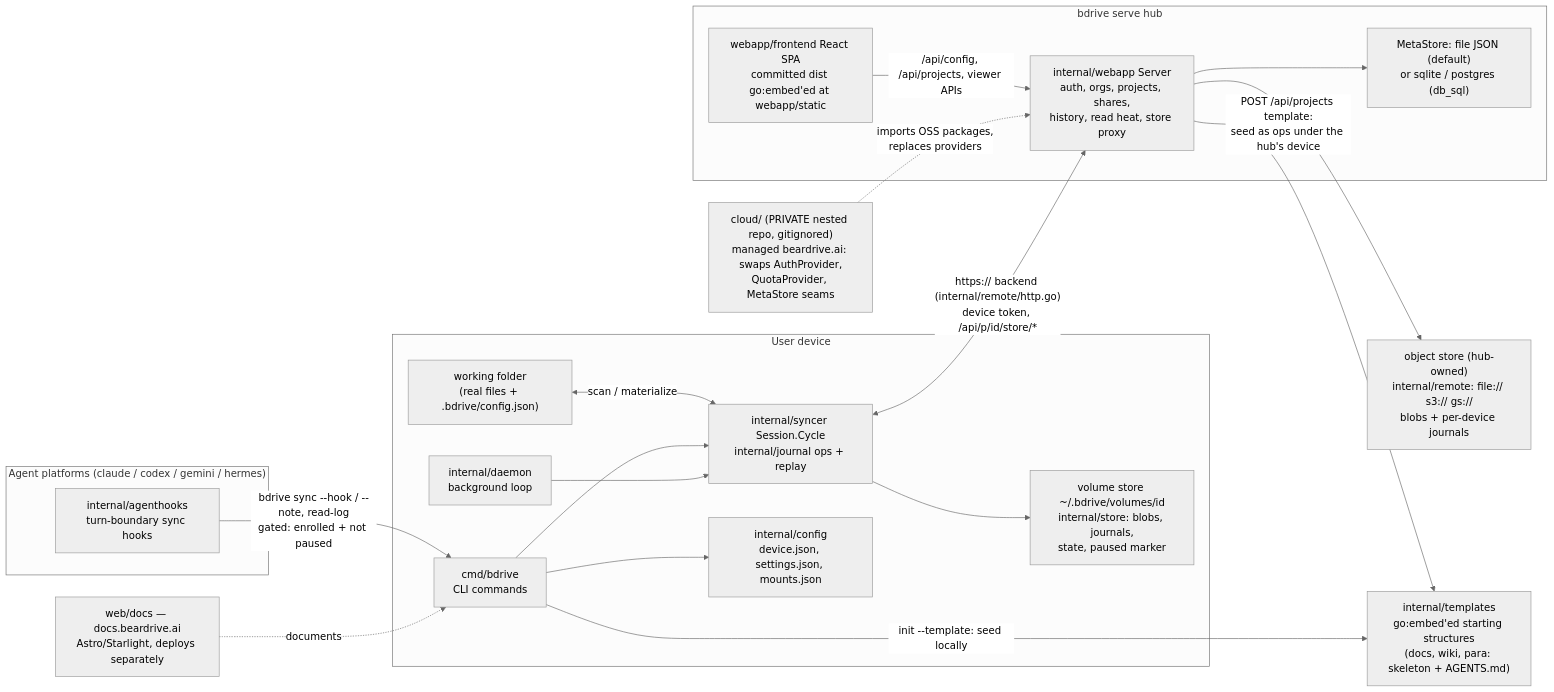
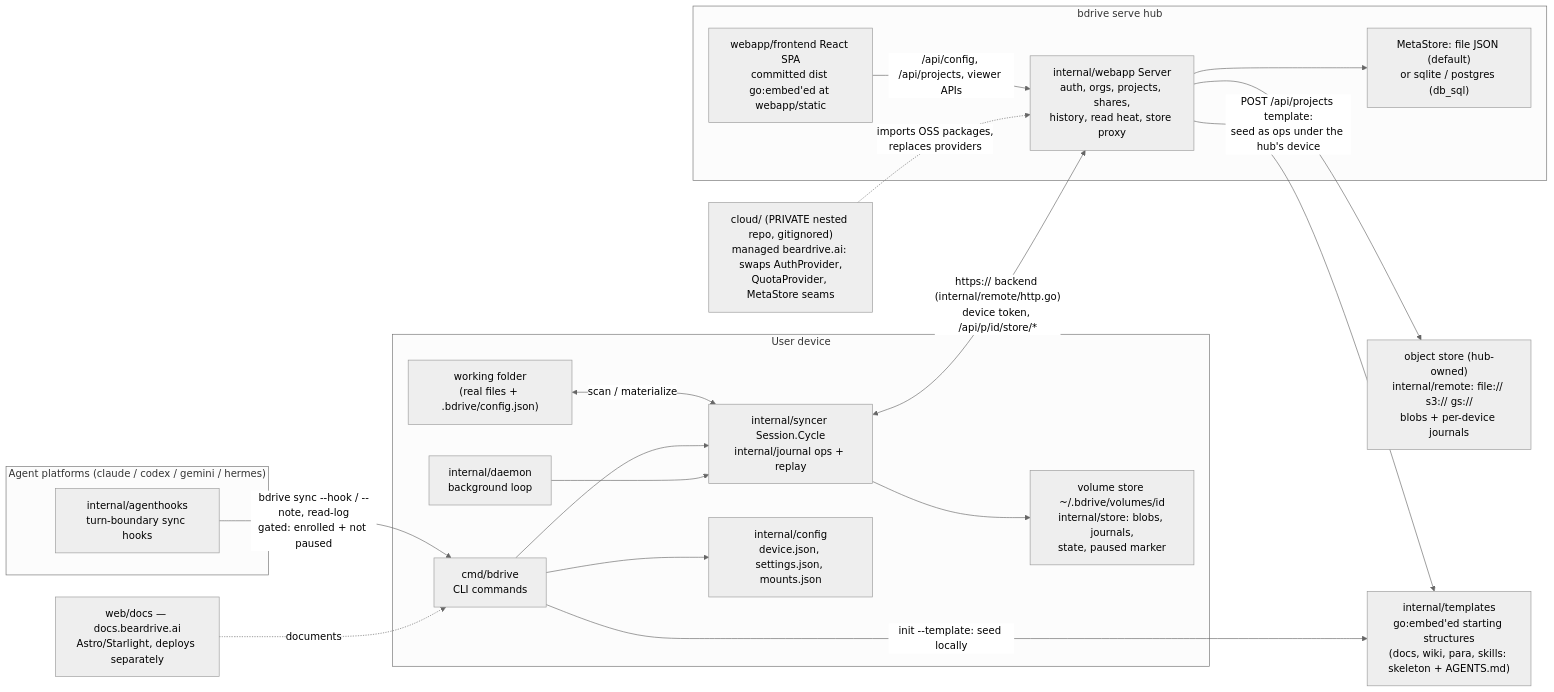
The diagram in architecture/overview.md (runbear-io/beardrive), drawn with Mermaid (neutral theme) before and after one commit. The commit also changed 15 other files, not shown here.

````diff
--- a/architecture/overview.md
+++ b/architecture/overview.md
@@ -10,43 +10,43 @@
 ```mermaid
 flowchart LR
     subgraph device["User device"]
         wf["working folder<br/>(real files + .bdrive/config.json)"]
         cli["cmd/bdrive<br/>CLI commands"]
         dmn["internal/daemon<br/>background loop"]
         eng["internal/syncer Session.Cycle<br/>internal/journal ops + replay"]
         vs["volume store ~/.bdrive/volumes/id<br/>internal/store: blobs, journals,<br/>state, paused marker"]
         cfg["internal/config<br/>device.json, settings.json, mounts.json"]
     end
 
     subgraph agents["Agent platforms (claude / codex / gemini / hermes)"]
         hooks["internal/agenthooks<br/>turn-boundary sync hooks"]
     end
 
     subgraph hub["bdrive serve hub"]
         srv["internal/webapp Server<br/>auth, orgs, projects, shares,<br/>history, read heat, store proxy"]
         fe["webapp/frontend React SPA<br/>committed dist go:embed'ed at webapp/static"]
         meta["MetaStore: file JSON (default)<br/>or sqlite / postgres (db_sql)"]
     end
 
     store["object store (hub-owned)<br/>internal/remote: file:// s3:// gs://<br/>blobs + per-device journals"]
 
-    tpl["internal/templates<br/>go:embed'ed starting structures<br/>(docs, wiki, para: skeleton + AGENTS.md)"]
+    tpl["internal/templates<br/>go:embed'ed starting structures<br/>(docs, wiki, para, skills: skeleton + AGENTS.md)"]
 
     docs["web/docs — docs.beardrive.ai<br/>Astro/Starlight, deploys separately"]
     cloud["cloud/ (PRIVATE nested repo, gitignored)<br/>managed beardrive.ai: swaps AuthProvider,<br/>QuotaProvider, MetaStore seams"]
 
     wf <-->|scan / materialize| eng
     cli --> eng
     dmn --> eng
     cli --> cfg
     eng --> vs
     eng <-->|"https:// backend (internal/remote/http.go)<br/>device token, /api/p/id/store/*"| srv
     hooks -->|"bdrive sync --hook / --note, read-log<br/>gated: enrolled + not paused"| cli
     srv --> store
     srv --> meta
     cli -->|"init --template: seed locally"| tpl
     srv -->|"POST /api/projects template:<br/>seed as ops under the hub's device"| tpl
     fe -->|/api/config, /api/projects, viewer APIs| srv
     cloud -.->|imports OSS packages,<br/>replaces providers| srv
     docs -.->|documents| cli
 ```
````
